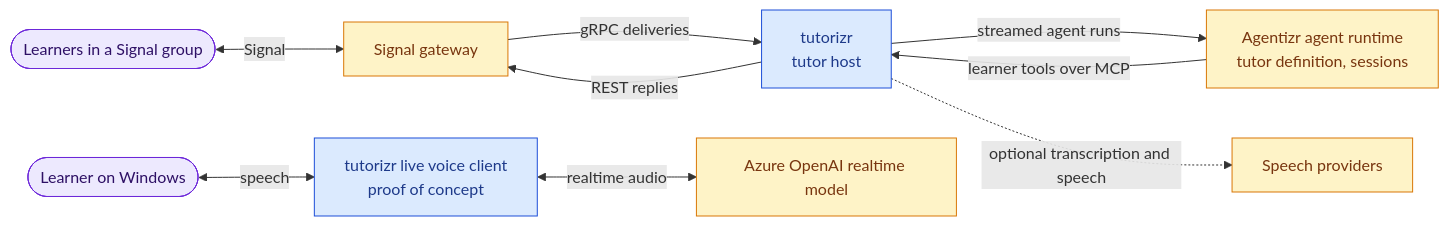
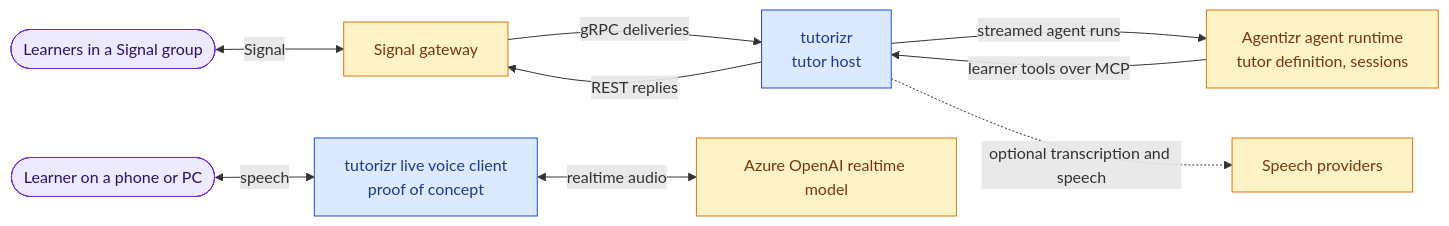
One commit to f2calv/tutorizr changed the diagram in README.md. Above: the diagram before and after it, drawn with Mermaid. The commit also changed other lines of this file and 22 other files, not shown here.

First line of the commit message:
feat: add Android target to the live voice client

````diff
--- a/README.md
+++ b/README.md
@@ -75,15 +75,15 @@
 ```mermaid
 flowchart LR
     classDef system fill:#dbeafe,stroke:#1d4ed8,color:#1e3a8a
     classDef person fill:#ede9fe,stroke:#6d28d9,color:#2e1065
     classDef external fill:#fef3c7,stroke:#d97706,color:#78350f
 
     learners([Learners in a Signal group]):::person <-->|Signal| gateway[Signal gateway]:::external
-    voiceLearner([Learner on Windows]):::person <-->|speech| client
+    voiceLearner([Learner on a phone or PC]):::person <-->|speech| client
     gateway -->|"gRPC deliveries"| tutorizr[tutorizr<br/>tutor host]:::system
     tutorizr -->|"REST replies"| gateway
     tutorizr -->|"streamed agent runs"| runtime[Agentizr agent runtime<br/>tutor definition, sessions]:::external
     runtime -->|"learner tools over MCP"| tutorizr
     tutorizr -.->|"optional transcription and speech"| speech[Speech providers]:::external
     client[tutorizr live voice client<br/>proof of concept]:::system <-->|"realtime audio"| realtime[Azure OpenAI realtime model]:::external
 ```
````
